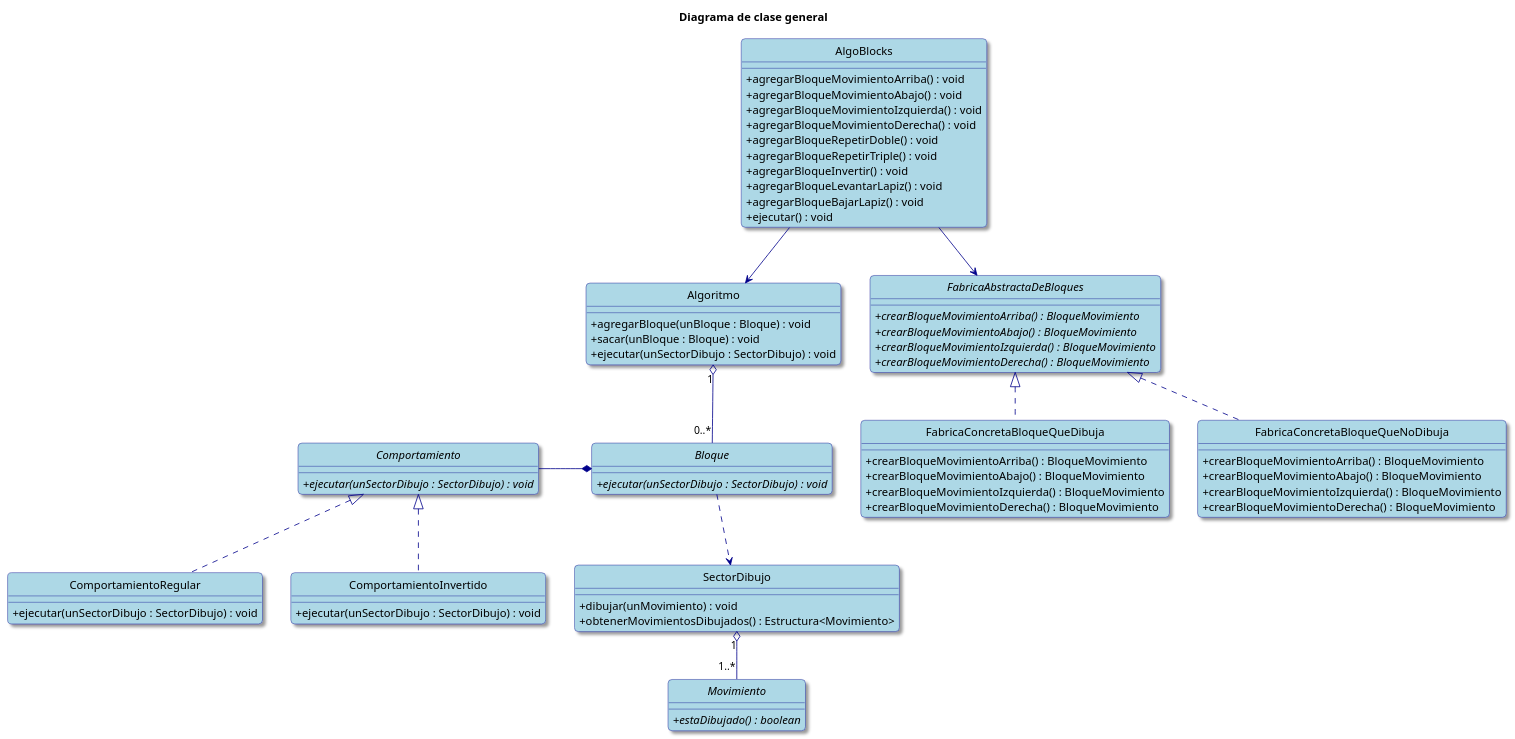
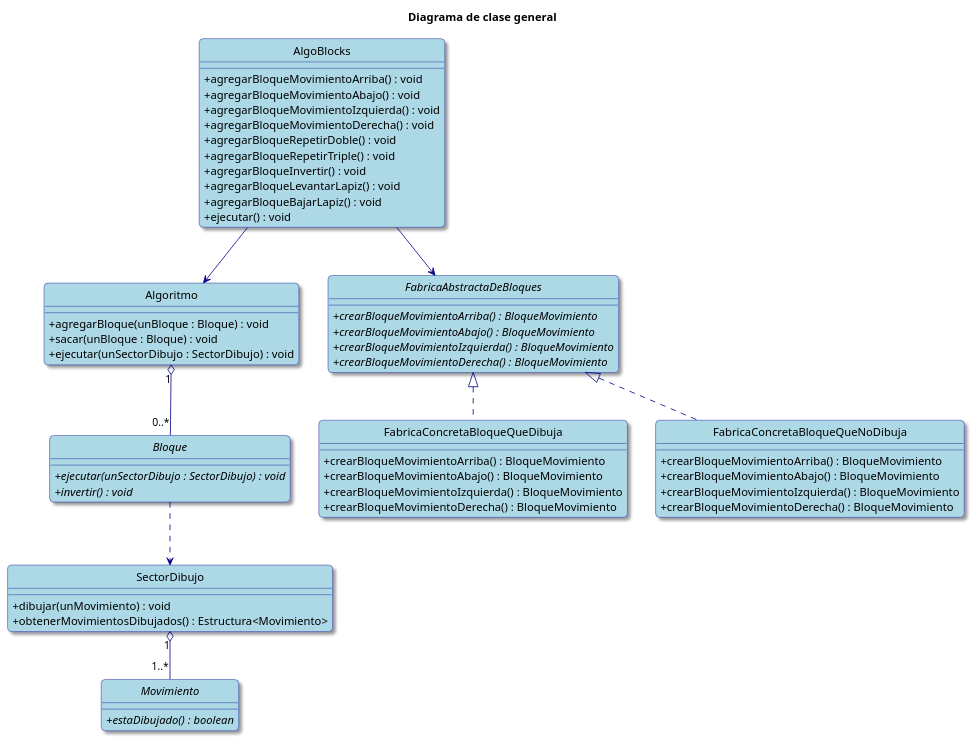
Before and after one commit to valva-ro/Algo3-TP2-AlgoBlocks: the first of 2 diagrams in diagramas-uml.puml, drawn with PlantUML. The commit also changed other lines of this file, not shown here.

Commit message:
docs: Actualice modelo

```diff
--- a/diagramas-uml.puml
+++ b/diagramas-uml.puml
@@ -1,89 +1,78 @@
 @startuml
 hide circle
 skinparam classAttributeIconSize 0
 skinparam backgroundColor White
 skinparam RoundCorner 10
 skinparam Shadowing true
 
 skinparam class {
     ArrowColor DarkBlue
     BackgroundColor LightBlue
     BorderColor DarkBlue
 }
 
 skinparam note {
     BackgroundColor LightYellow
     BorderColor DarkBlue
 }
 
 title Diagrama de clase general
 
 class AlgoBlocks {
     + agregarBloqueMovimientoArriba() : void
     + agregarBloqueMovimientoAbajo() : void
     + agregarBloqueMovimientoIzquierda() : void
     + agregarBloqueMovimientoDerecha() : void
     + agregarBloqueRepetirDoble() : void
     + agregarBloqueRepetirTriple() : void
     + agregarBloqueInvertir() : void
     + agregarBloqueLevantarLapiz() : void
     + agregarBloqueBajarLapiz() : void
     + ejecutar() : void
 }
 AlgoBlocks --> Algoritmo
 AlgoBlocks --> FabricaAbstractaDeBloques
 FabricaAbstractaDeBloques <|.. FabricaConcretaBloqueQueDibuja
 FabricaAbstractaDeBloques <|.. FabricaConcretaBloqueQueNoDibuja
 interface FabricaAbstractaDeBloques {
     + {abstract} crearBloqueMovimientoArriba() : BloqueMovimiento
     + {abstract} crearBloqueMovimientoAbajo() : BloqueMovimiento
     + {abstract} crearBloqueMovimientoIzquierda() : BloqueMovimiento
     + {abstract} crearBloqueMovimientoDerecha() : BloqueMovimiento
 }
 class FabricaConcretaBloqueQueDibuja {
     + crearBloqueMovimientoArriba() : BloqueMovimiento
     + crearBloqueMovimientoAbajo() : BloqueMovimiento
     + crearBloqueMovimientoIzquierda() : BloqueMovimiento
     + crearBloqueMovimientoDerecha() : BloqueMovimiento
 }
 class FabricaConcretaBloqueQueNoDibuja {
     + crearBloqueMovimientoArriba() : BloqueMovimiento
     + crearBloqueMovimientoAbajo() : BloqueMovimiento
     + crearBloqueMovimientoIzquierda() : BloqueMovimiento
     + crearBloqueMovimientoDerecha() : BloqueMovimiento
 }
 
 interface Bloque {
     + {abstract} ejecutar(unSectorDibujo : SectorDibujo) : void
+    + {abstract} invertir() : void
 }
 
 class SectorDibujo {
     + dibujar(unMovimiento) : void
     + obtenerMovimientosDibujados() : Estructura<Movimiento>
 }
 
 interface Movimiento {
     + {abstract} estaDibujado() : boolean
 }
 
 class Algoritmo {
     + agregarBloque(unBloque : Bloque) : void
     + sacar(unBloque : Bloque) : void
     + ejecutar(unSectorDibujo : SectorDibujo) : void
 }
-interface Comportamiento {
-    + {abstract} ejecutar(unSectorDibujo : SectorDibujo) : void
-}
-class ComportamientoRegular {
-    + ejecutar(unSectorDibujo : SectorDibujo) : void
-}
-class ComportamientoInvertido {
-    + ejecutar(unSectorDibujo : SectorDibujo) : void
-}
 Algoritmo "1" o-- "0..*" Bloque
 Bloque ..down> SectorDibujo
-Bloque *--left Comportamiento
-Comportamiento <|.. ComportamientoRegular
-Comportamiento <|.. ComportamientoInvertido
 SectorDibujo "1" o-- "1..*" Movimiento
 @enduml
```
